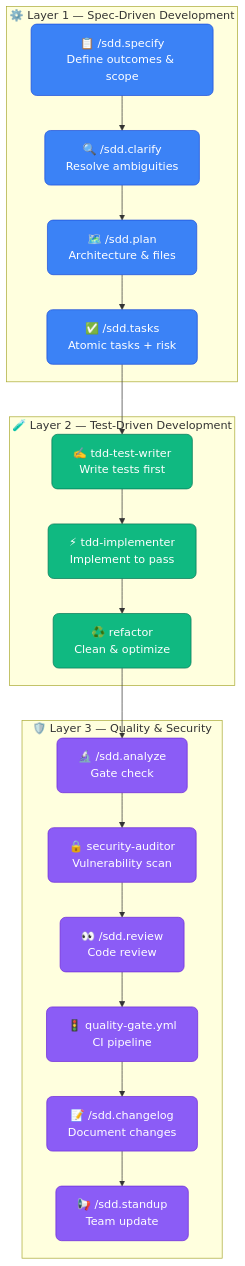
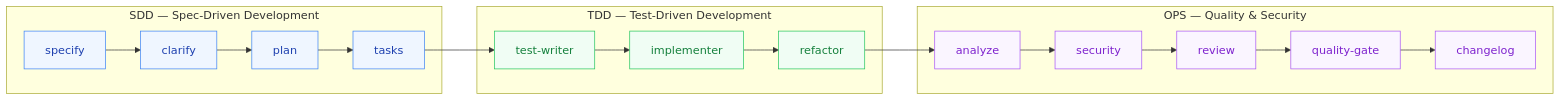
One commit to jonatascatarina/ai-first-pipeline changed the diagram in README.md. Above: the diagram before and after it, drawn with Mermaid. The commit also changed 1 other file, not shown here.

Commit message:
docs: clean pipeline diagram without icons

````diff
--- a/README.md
+++ b/README.md
@@ -122,39 +122,25 @@
 ```mermaid
-flowchart TD
-    classDef sdd fill:#3B82F6,stroke:#1D4ED8,color:#fff,rx:8
-    classDef tdd fill:#10B981,stroke:#047857,color:#fff,rx:8
-    classDef ops fill:#8B5CF6,stroke:#6D28D9,color:#fff,rx:8
-    classDef layer fill:none,stroke-dasharray:5 5,rx:12
+flowchart LR
+    classDef sdd fill:#EFF6FF,stroke:#3B82F6,color:#1E40AF,font-weight:500
+    classDef tdd fill:#F0FDF4,stroke:#22C55E,color:#15803D,font-weight:500
+    classDef ops fill:#FAF5FF,stroke:#A855F7,color:#7E22CE,font-weight:500
 
-    subgraph L1 ["⚙️  Layer 1 — Spec-Driven Development"]
-        A["📋 /sdd.specify\nDefine outcomes & scope"]
-        B["🔍 /sdd.clarify\nResolve ambiguities"]
-        C["🗺️ /sdd.plan\nArchitecture & files"]
-        D["✅ /sdd.tasks\nAtomic tasks + risk"]
-        A --> B --> C --> D
+    subgraph L1 ["SDD — Spec-Driven Development"]
+        A[specify] --> B[clarify] --> C[plan] --> D[tasks]
     end
 
-    subgraph L2 ["🧪  Layer 2 — Test-Driven Development"]
-        E["✍️ tdd-test-writer\nWrite tests first"]
-        F["⚡ tdd-implementer\nImplement to pass"]
-        G["♻️ refactor\nClean & optimize"]
-        E --> F --> G
+    subgraph L2 ["TDD — Test-Driven Development"]
+        E[test-writer] --> F[implementer] --> G[refactor]
     end
 
-    subgraph L3 ["🛡️  Layer 3 — Quality & Security"]
-        H["🔬 /sdd.analyze\nGate check"]
-        I["🔒 security-auditor\nVulnerability scan"]
-        J["👀 /sdd.review\nCode review"]
-        K["🚦 quality-gate.yml\nCI pipeline"]
-        L["📝 /sdd.changelog\nDocument changes"]
-        M["📢 /sdd.standup\nTeam update"]
-        H --> I --> J --> K --> L --> M
+    subgraph L3 ["OPS — Quality & Security"]
+        H[analyze] --> I[security] --> J[review] --> K[quality-gate] --> L[changelog]
     end
 
-    D["✅ /sdd.tasks\nAtomic tasks + risk"] --> E
+    D --> E
     G --> H
 
     class A,B,C,D sdd
     class E,F,G tdd
-    class H,I,J,K,L,M ops
+    class H,I,J,K,L ops
 ```
````
